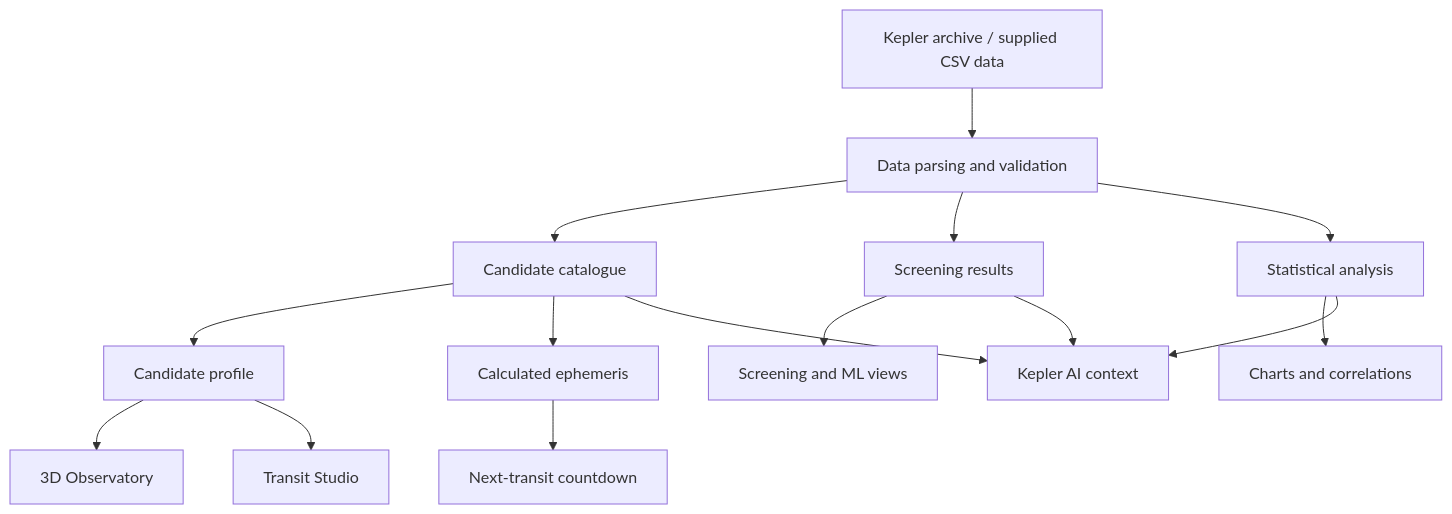
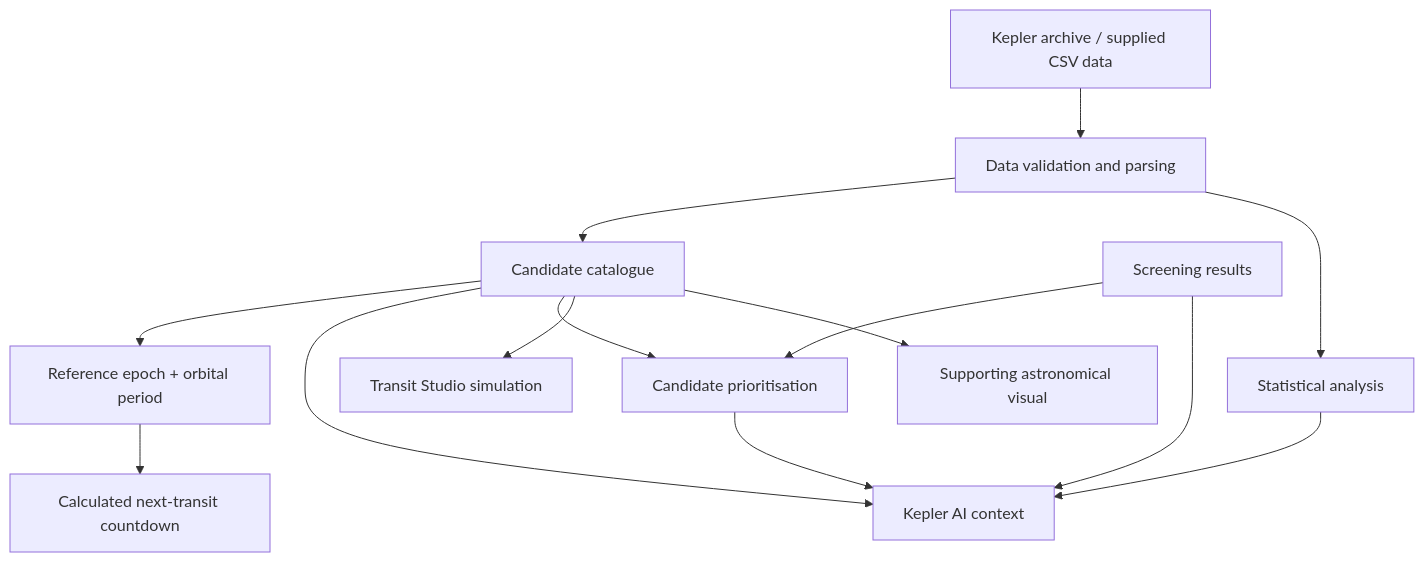
Before and after one commit to Harshan-17/Team21_KeplerExoplanetSearchResults: the diagram in README.md, drawn with Mermaid. The commit also changed other lines of this file, not shown here.

Commit message:
docs: emphasize transit countdown, Kepler AI, and research insights

````diff
--- a/README.md
+++ b/README.md
@@ -165,17 +172,16 @@
 ```mermaid
 flowchart TD
-    A["Kepler archive / supplied CSV data"] --> B["Data parsing and validation"]
+    A["Kepler archive / supplied CSV data"] --> B["Data validation and parsing"]
     B --> C["Candidate catalogue"]
-    B --> D["Screening results"]
-    B --> E["Statistical analysis"]
-    C --> F["Candidate profile"]
-    F --> G["3D Observatory"]
-    F --> H["Transit Studio"]
-    C --> I["Calculated ephemeris"]
-    I --> J["Next-transit countdown"]
-    D --> K["Screening and ML views"]
-    E --> L["Charts and correlations"]
-    C --> M["Kepler AI context"]
-    D --> M
-    E --> M
+    C --> D["Reference epoch + orbital period"]
+    D --> E["Calculated next-transit countdown"]
+    C --> F["Kepler AI context"]
+    G["Screening results"] --> H["Candidate prioritisation"]
+    C --> H
+    B --> I["Statistical analysis"]
+    G --> F
+    I --> F
+    H --> F
+    C --> J["Transit Studio simulation"]
+    C --> K["Supporting astronomical visual"]
 ```
````
